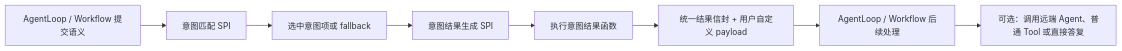
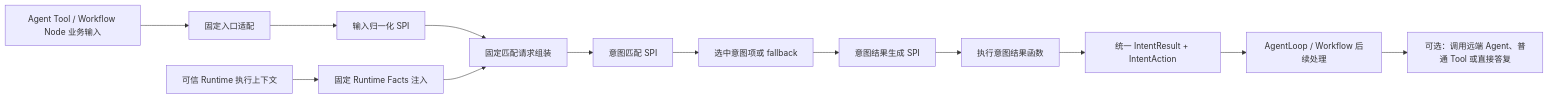
One commit to chaosxingxc-orion/spring-ai-ascend changed the diagram in version-scope/FEAT-020-agent-intent-matching-and-action-routing.md. Above: the diagram before and after it, drawn with Mermaid. The commit also changed other lines of this file, not shown here.

Commit message:
docs: revise FEAT-020 agent intent matching and action routing spec

````diff
--- a/version-scope/FEAT-020-agent-intent-matching-and-action-routing.md
+++ b/version-scope/FEAT-020-agent-intent-matching-and-action-routing.md
@@ -28,10 +29,15 @@
 ```mermaid
 flowchart LR
-    U["AgentLoop / Workflow 提交语义"] --> M["意图匹配 SPI"]
+    U["Agent Tool / Workflow Node 业务输入"] --> A["固定入口适配"]
+    A --> N["输入归一化 SPI"]
+    X["可信 Runtime 执行上下文"] --> RF["固定 Runtime Facts 注入"]
+    N --> Q["固定匹配请求组装"]
+    RF --> Q
+    Q --> M["意图匹配 SPI"]
     M --> S["选中意图项或 fallback"]
     S --> G["意图结果生成 SPI"]
-    G --> F["执行意图结果函数"]
-    F --> R["统一结果信封 + 用户自定义 payload"]
-    R --> A["AgentLoop / Workflow 后续处理"]
-    A --> D["可选：调用远端 Agent、普通 Tool 或直接答复"]
+    G --> FN["执行意图结果函数"]
+    FN --> R["统一 IntentResult + IntentAction"]
+    R --> UP["AgentLoop / Workflow 后续处理"]
+    UP --> D["可选：调用远端 Agent、普通 Tool 或直接答复"]
 ```
````
